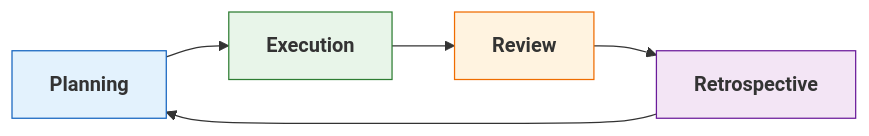
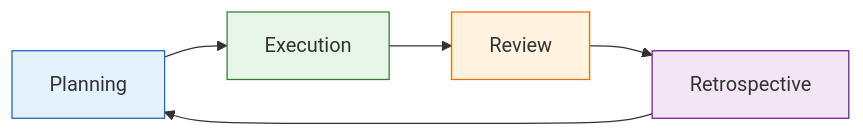
Before and after one commit to thomgiles/DSDSP: the fourth of 5 diagrams in training_site/essential_digital_skills/episodes/02-digital_delivery.qmd, drawn with Mermaid. The commit also changed other lines of this file and 6 other files, not shown here.

````diff
--- a/training_site/essential_digital_skills/episodes/02-digital_delivery.qmd
+++ b/training_site/essential_digital_skills/episodes/02-digital_delivery.qmd
@@ -346,13 +230,8 @@
 ```{mermaid}
 flowchart LR
-    P["<b>Planning</b>"]:::plan --> 
-    E["<b>Execution</b>"]:::exec --> 
-    R["<b>Review</b>"]:::review --> 
-    RET["<b>Retrospective</b>"]:::retro --> 
-    P
-
-    classDef plan fill:#E3F2FD,stroke:#1565C0,stroke-width:1px
-    classDef exec fill:#E8F5E9,stroke:#2E7D32,stroke-width:1px
-    classDef review fill:#FFF3E0,stroke:#EF6C00,stroke-width:1px
-    classDef retro fill:#F3E5F5,stroke:#6A1B9A,stroke-width:1px
+    P[Planning]:::plan --> E[Execution]:::exec --> R[Review]:::rev --> RE[Retrospective]:::retro --> P
+    classDef plan fill:#E3F2FD,stroke:#1565C0;
+    classDef exec fill:#E8F5E9,stroke:#2E7D32;
+    classDef rev fill:#FFF3E0,stroke:#EF6C00;
+    classDef retro fill:#F3E5F5,stroke:#6A1B9A;
 ```
````
